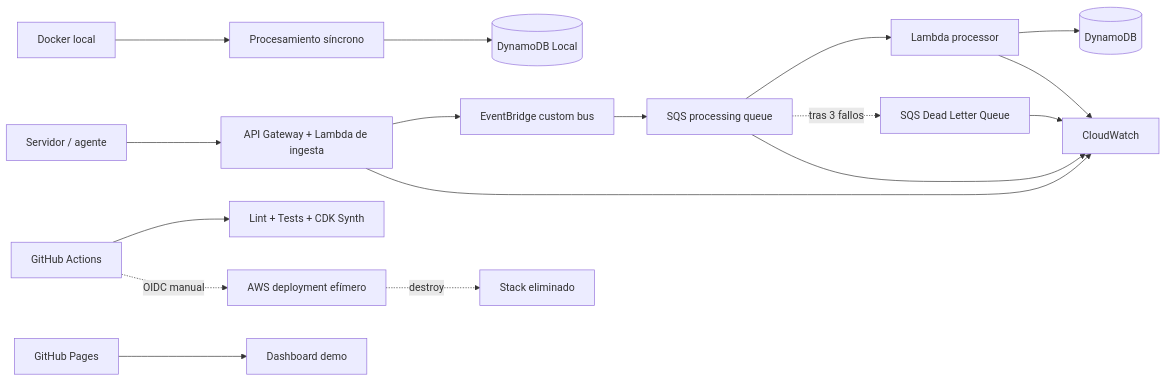
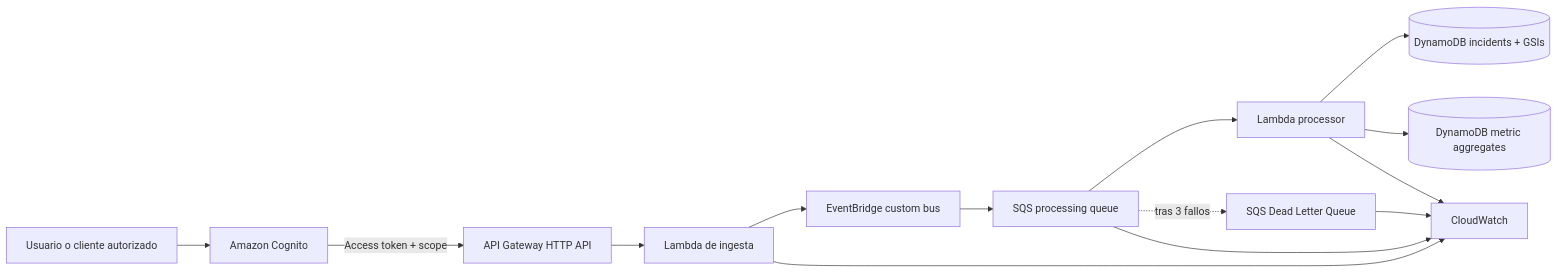
Before and after one commit to fermarfer1982/aws-cloudops-incident-hub: the first of 2 diagrams in README.md, drawn with Mermaid. The commit also changed other lines of this file and 19 other files, not shown here.

````diff
--- a/README.md
+++ b/README.md
@@ -31,19 +36,16 @@
 ```mermaid
 flowchart LR
-    S[Servidor / agente] --> API[API Gateway + Lambda de ingesta]
-    API --> EB[EventBridge custom bus]
+    U[Usuario o cliente autorizado] --> COG[Amazon Cognito]
+    COG -->|Access token + scope| API[API Gateway HTTP API]
+    API --> L1[Lambda de ingesta]
+    L1 --> EB[EventBridge custom bus]
     EB --> Q[SQS processing queue]
-    Q --> P[Lambda processor]
+    Q --> L2[Lambda processor]
     Q -. tras 3 fallos .-> DLQ[SQS Dead Letter Queue]
-    P --> DB[(DynamoDB)]
-    API --> CW[CloudWatch]
-    P --> CW
+    L2 --> INC[(DynamoDB incidents + GSIs)]
+    L2 --> MET[(DynamoDB metric aggregates)]
+    L1 --> CW[CloudWatch]
+    L2 --> CW
     Q --> CW
     DLQ --> CW
-    LOCAL[Docker local] --> DIRECT[Procesamiento síncrono]
-    DIRECT --> DDBL[(DynamoDB Local)]
-    GH[GitHub Actions] --> CI[Lint + Tests + CDK Synth]
-    GH -. OIDC manual .-> AWS[AWS deployment efímero]
-    AWS -. destroy .-> CLEAN[Stack eliminado]
-    PAGES[GitHub Pages] --> UI[Dashboard demo]
 ```
````
